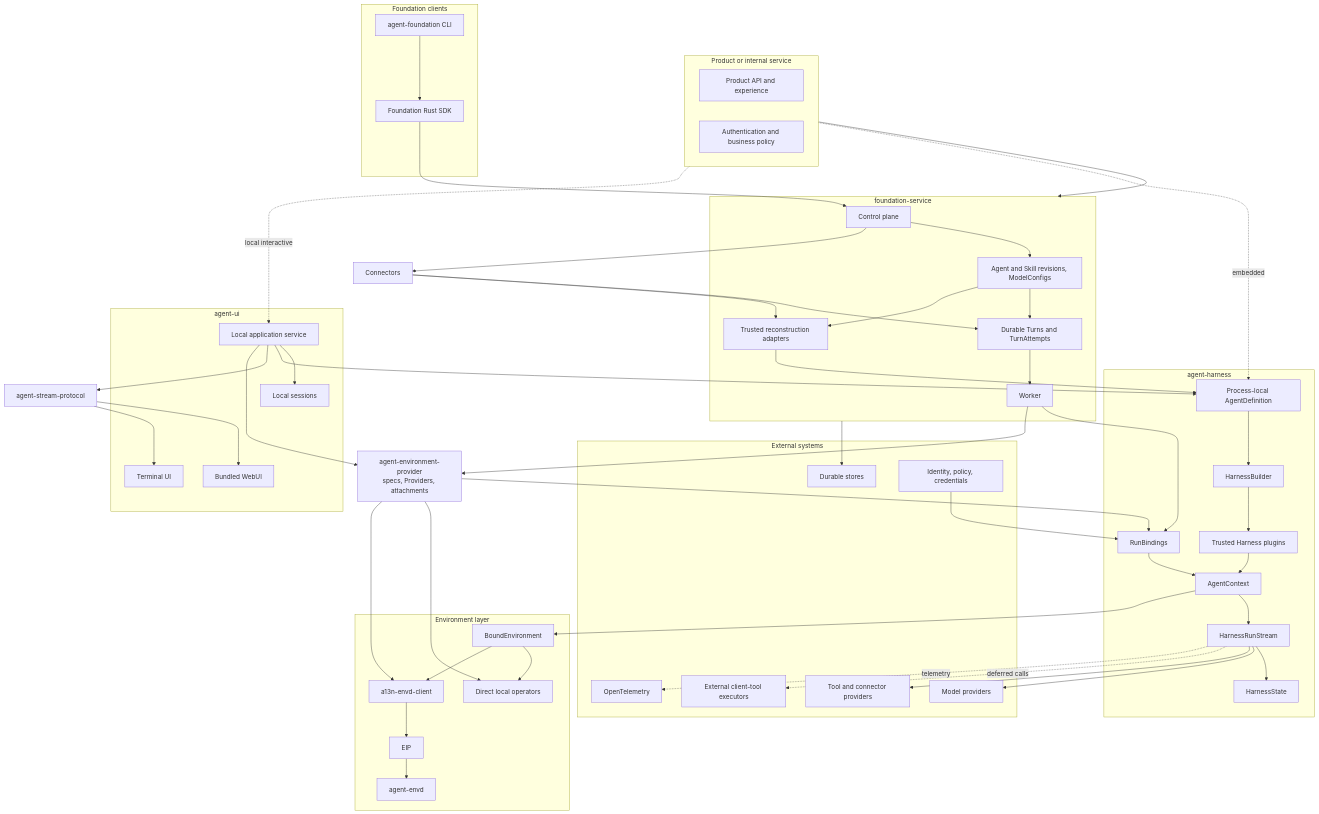
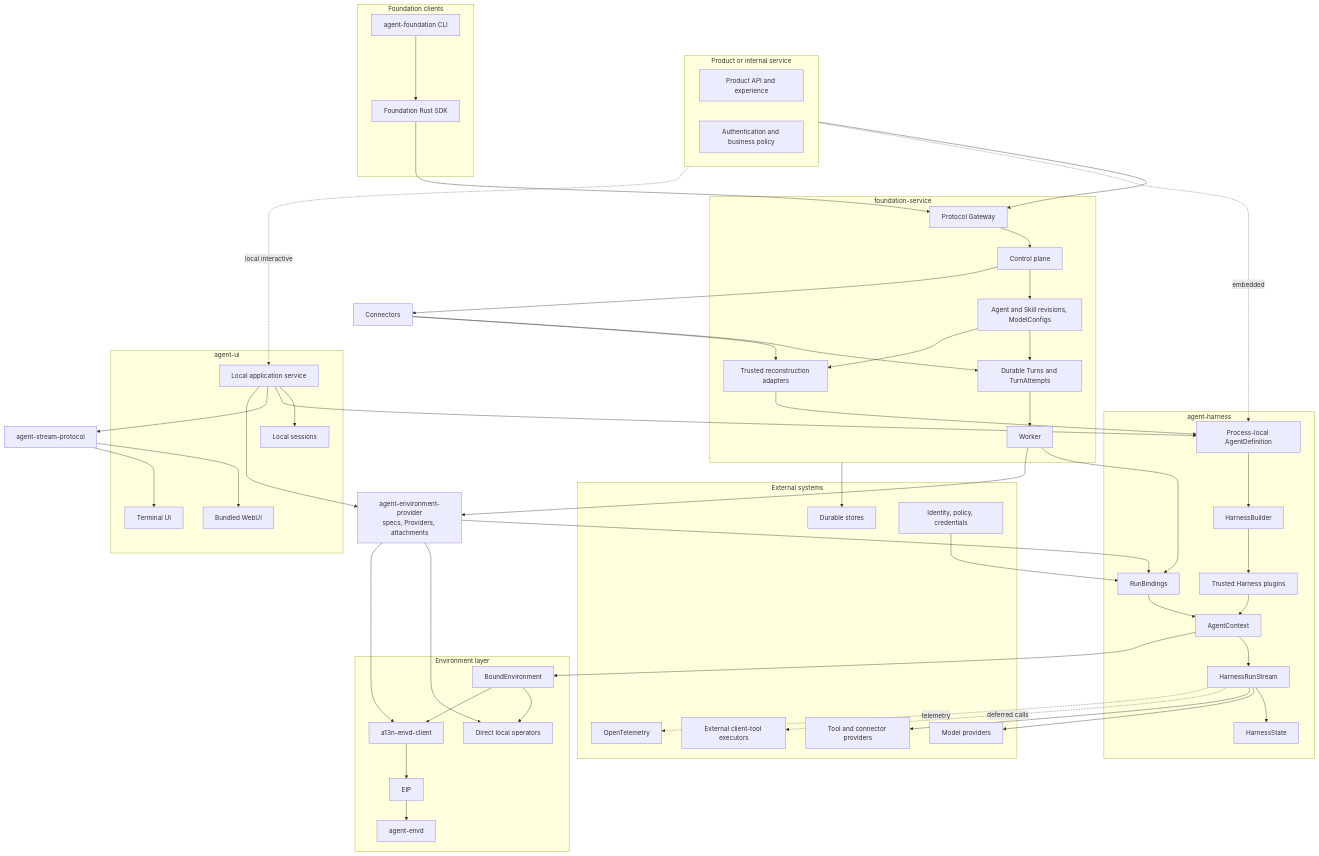
One commit to converge-ai-labs/agent-foundation changed the first of 4 diagrams in spec/README.md. Above: the diagram before and after it, drawn with Mermaid. The commit also changed other lines of this file and 17 other files, not shown here.

First line of the commit message:
docs(gateway): define service protocol gateway

```diff
--- a/spec/README.md
+++ b/spec/README.md
@@ -28,6 +28,7 @@
     end
 
     subgraph Service[foundation-service]
+        Gateway[Protocol Gateway]
         Control[Control plane]
         Definitions[Agent and Skill revisions, ModelConfigs]
         Lifecycle[Durable Turns and TurnAttempts]
@@ -77,8 +78,8 @@
         OTel[OpenTelemetry]
     end
 
-    Product --> Service
-    FoundationCLI --> RustSDK --> Control
+    Product --> Gateway --> Control
+    FoundationCLI --> RustSDK --> Gateway
     Product -. embedded .-> Definition
     Product -. local interactive .-> AppService
     AppService --> Sessions
```
